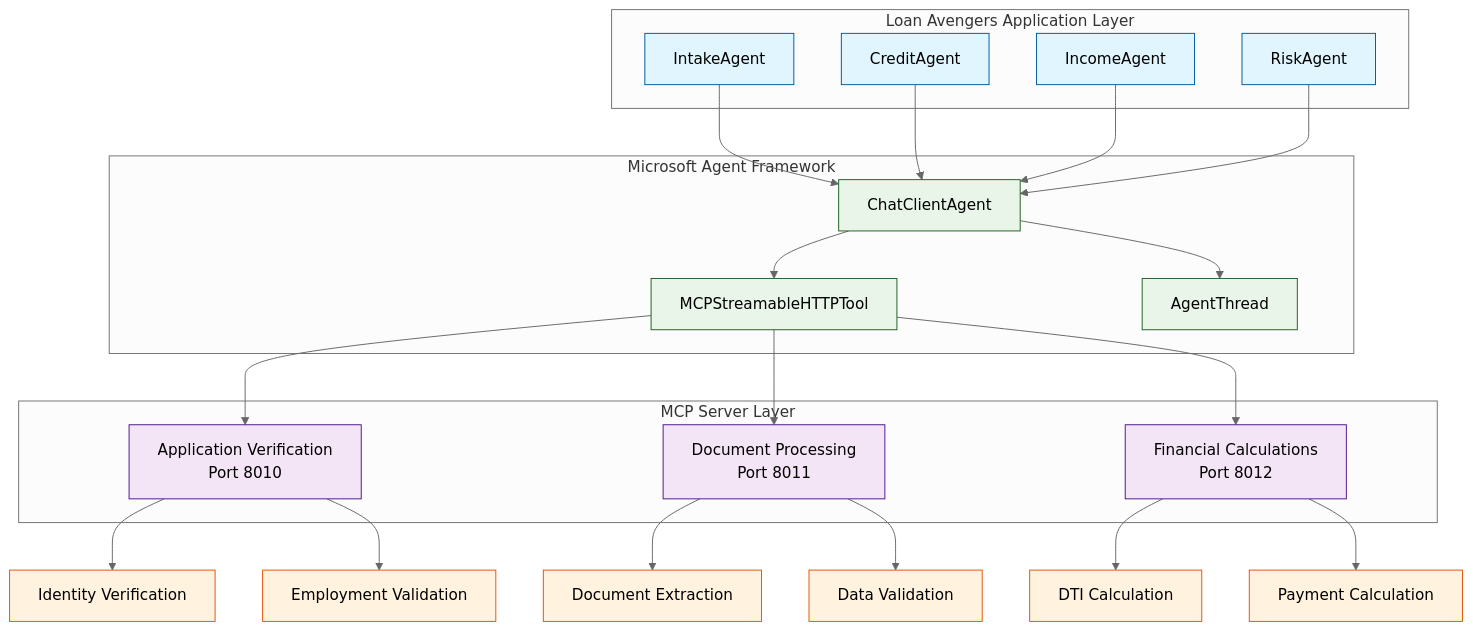
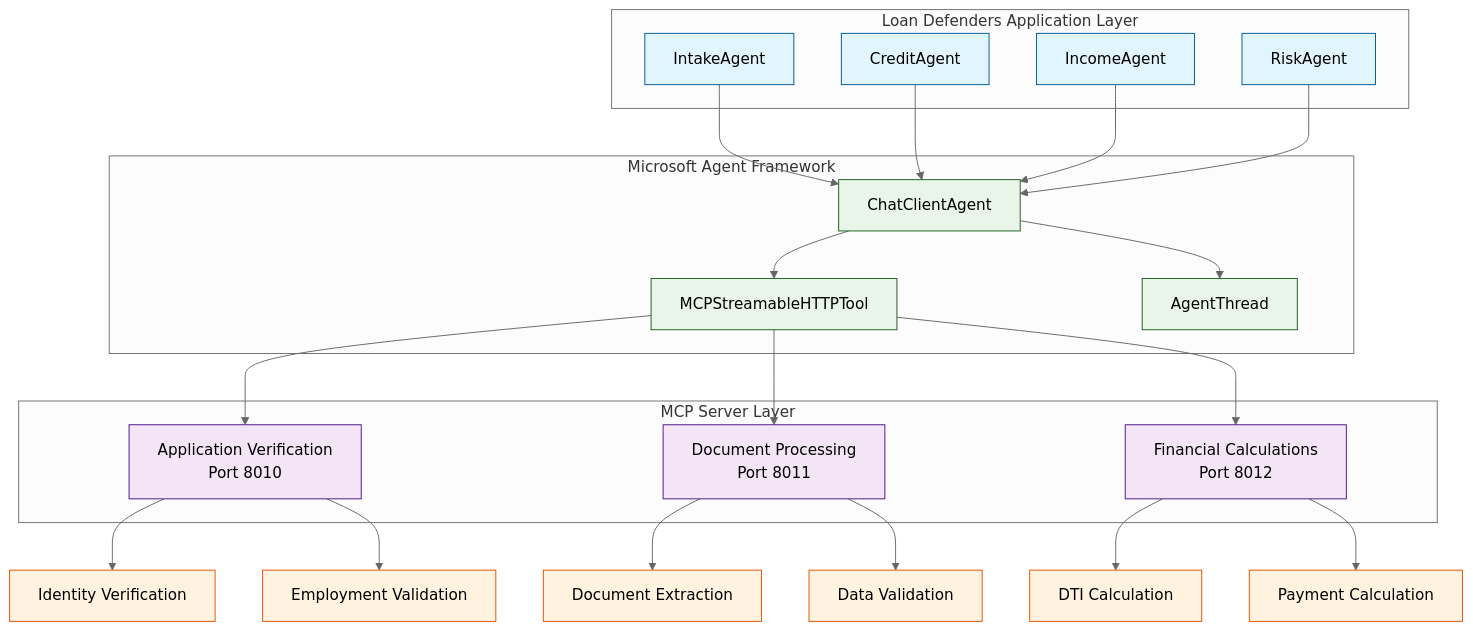
One commit to niksacdev/loan-avengers changed the ninth of 17 diagrams in docs/reference/legacy/workflow-diagrams-technical.md. Above: the diagram before and after it, drawn with Mermaid (neutral theme). The commit also changed other lines of this file and 185 other files, not shown here.

First line of the commit message:
refactor: Complete rebrand from Loan Avengers to Loan Defenders (#92)

````diff
--- a/docs/reference/legacy/workflow-diagrams-technical.md
+++ b/docs/reference/legacy/workflow-diagrams-technical.md
@@ -385,50 +385,50 @@
 ```mermaid
 graph TB
-    subgraph "Loan Avengers Application Layer"
+    subgraph "Loan Defenders Application Layer"
         A[IntakeAgent] 
         B[CreditAgent]
         C[IncomeAgent]
         D[RiskAgent]
     end
     
     subgraph "MCP Server Layer"
         E[Application Verification<br/>Port 8010]
         F[Document Processing<br/>Port 8011]
         G[Financial Calculations<br/>Port 8012]
     end
     
     subgraph "Microsoft Agent Framework"
         H[ChatClientAgent]
         I[MCPStreamableHTTPTool] 
         J[AgentThread]
     end
     
     A --> H
     B --> H
     C --> H
     D --> H
     
     H --> I
     I --> E
     I --> F
     I --> G
     
     H --> J
     
     E --> K[Identity Verification]
     E --> L[Employment Validation]
     F --> M[Document Extraction]
     F --> N[Data Validation]
     G --> O[DTI Calculation]
     G --> P[Payment Calculation]
     
     classDef agent fill:#e1f5fe,stroke:#01579b
     classDef mcp fill:#f3e5f5,stroke:#4a148c
     classDef framework fill:#e8f5e8,stroke:#1b5e20
     classDef service fill:#fff3e0,stroke:#e65100
     
     class A,B,C,D agent
     class E,F,G mcp
     class H,I,J framework
     class K,L,M,N,O,P service
 ```
````
